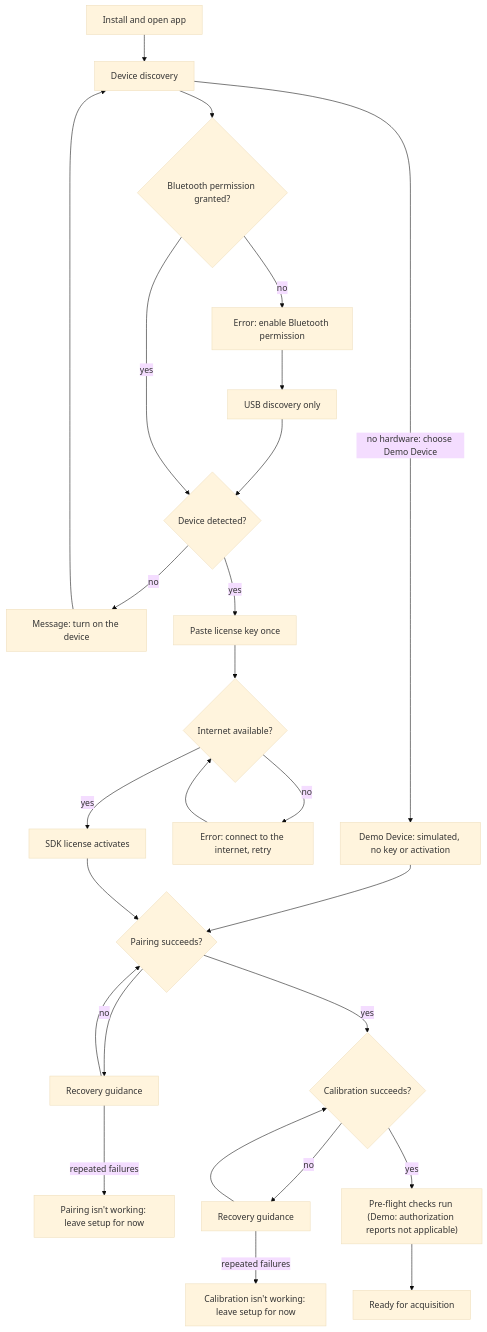
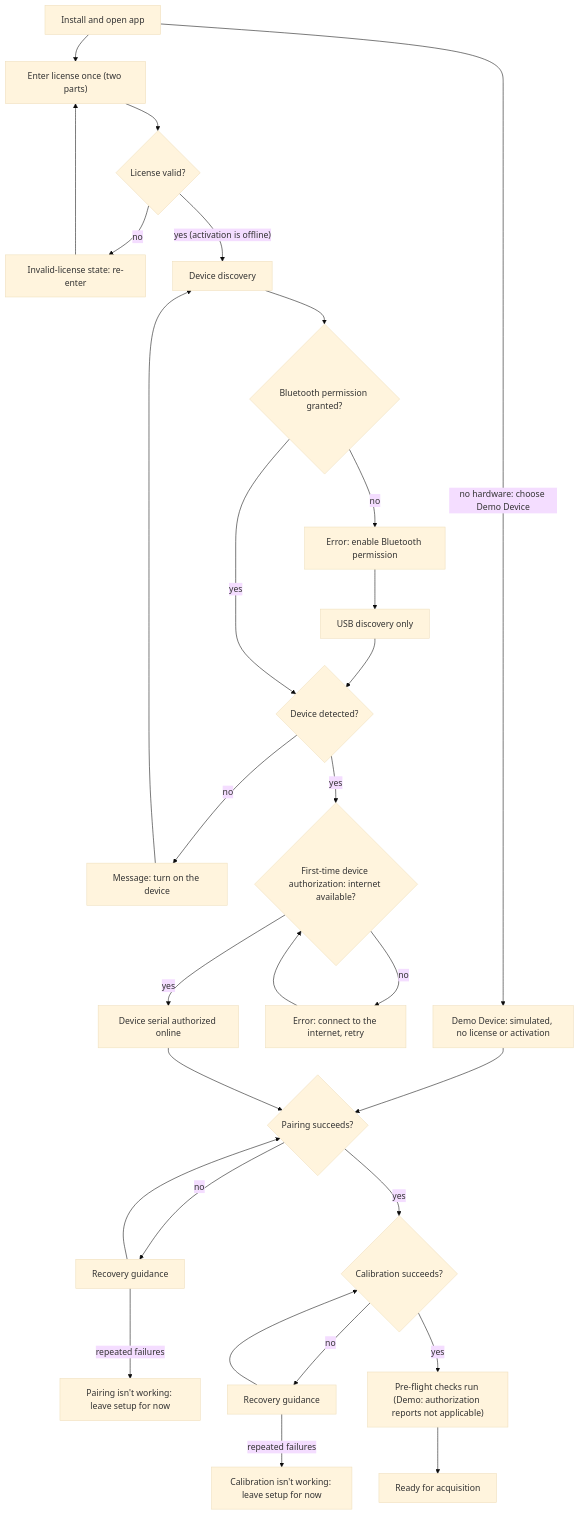
Before and after one commit to vinnyp/spectro-capture: the second of 5 diagrams in docs/product/prd-device-management.md, drawn with Mermaid (base theme). The commit also changed other lines of this file and 1 other file, not shown here.

First line of the commit message:
Apply SDK-audit evidence to the device-management PRD

````diff
--- a/docs/product/prd-device-management.md
+++ b/docs/product/prd-device-management.md
@@ -134,26 +132,29 @@
 ```mermaid
 flowchart TD
-    A[Install and open app] --> B[Device discovery]
-    B -- "no hardware: choose Demo Device" --> K["Demo Device: simulated, no key or activation"]
+    A[Install and open app] --> E["Enter license once (two parts)"]
+    A -- "no hardware: choose Demo Device" --> K["Demo Device: simulated, no license or activation"]
     K --> H
+    E --> E1{License valid?}
+    E1 -- no --> E2["Invalid-license state: re-enter"]
+    E2 --> E
+    E1 -- "yes (activation is offline)" --> B[Device discovery]
     B --> C{Bluetooth permission granted?}
     C -- no --> C1["Error: enable Bluetooth permission"]
     C1 --> C2[USB discovery only]
     C2 --> D
     C -- yes --> D{Device detected?}
     D -- no --> D1["Message: turn on the device"]
     D1 --> B
-    D -- yes --> E[Paste license key once]
-    E --> F{Internet available?}
+    D -- yes --> F{First-time device authorization: internet available?}
     F -- no --> F1["Error: connect to the internet, retry"]
     F1 --> F
-    F -- yes --> G[SDK license activates]
+    F -- yes --> G[Device serial authorized online]
     G --> H{Pairing succeeds?}
     H -- no --> H1[Recovery guidance] --> H
     H1 -- repeated failures --> H2["Pairing isn't working: leave setup for now"]
     H -- yes --> I{Calibration succeeds?}
     I -- no --> I1[Recovery guidance] --> I
     I1 -- repeated failures --> I2["Calibration isn't working: leave setup for now"]
     I -- yes --> P["Pre-flight checks run (Demo: authorization reports not applicable)"]
     P --> J[Ready for acquisition]
 ```
````
